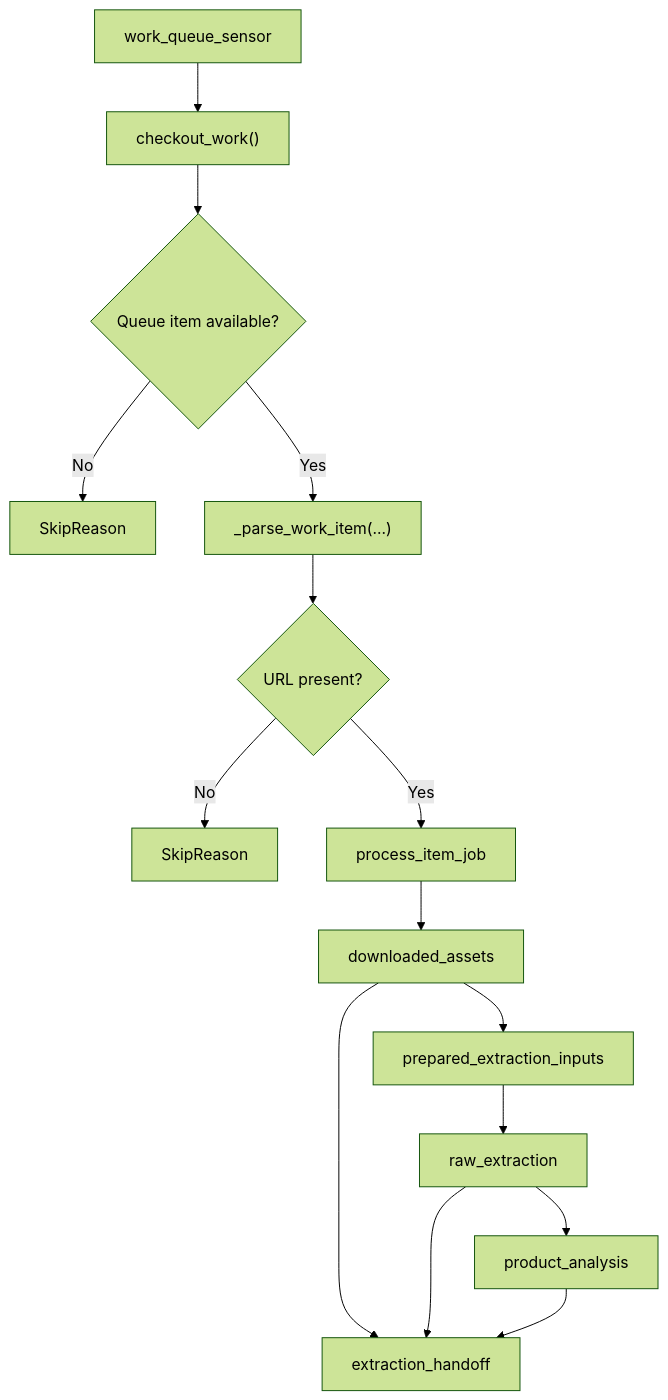
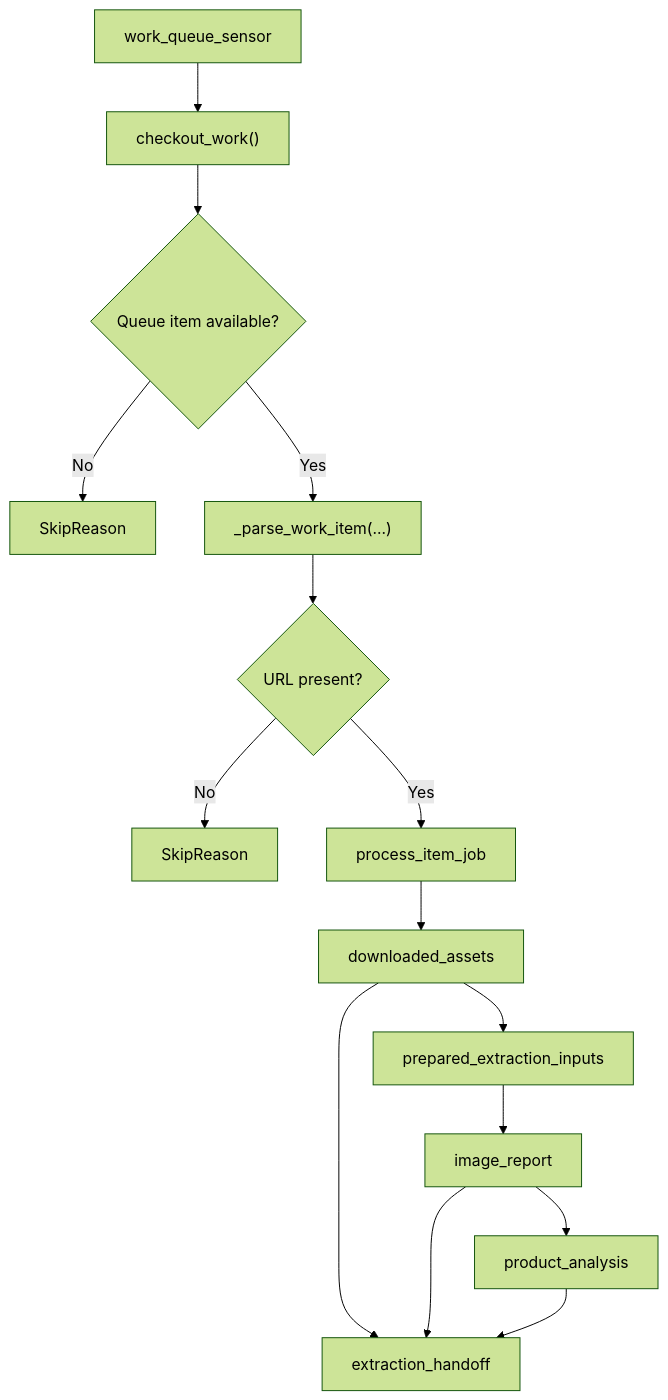
Before and after one commit to rflemerson/baboom: the diagram in services/agents/docs/pipeline.md, drawn with Mermaid (forest theme). The commit also changed other lines of this file and 16 other files, not shown here.

````diff
--- a/services/agents/docs/pipeline.md
+++ b/services/agents/docs/pipeline.md
@@ -37,18 +37,18 @@
 ```mermaid
 flowchart TD
     A["work_queue_sensor"] --> B["checkout_work()"]
     B --> C{"Queue item available?"}
     C -- "No" --> C1["SkipReason"]
     C -- "Yes" --> D["_parse_work_item(...)"]
     D --> E{"URL present?"}
     E -- "No" --> E1["SkipReason"]
     E -- "Yes" --> F["process_item_job"]
 
     F --> G["downloaded_assets"]
     G --> H["prepared_extraction_inputs"]
-    H --> I["raw_extraction"]
+    H --> I["image_report"]
     I --> J["product_analysis"]
     G --> K["extraction_handoff"]
     I --> K
     J --> K
 ```
````
